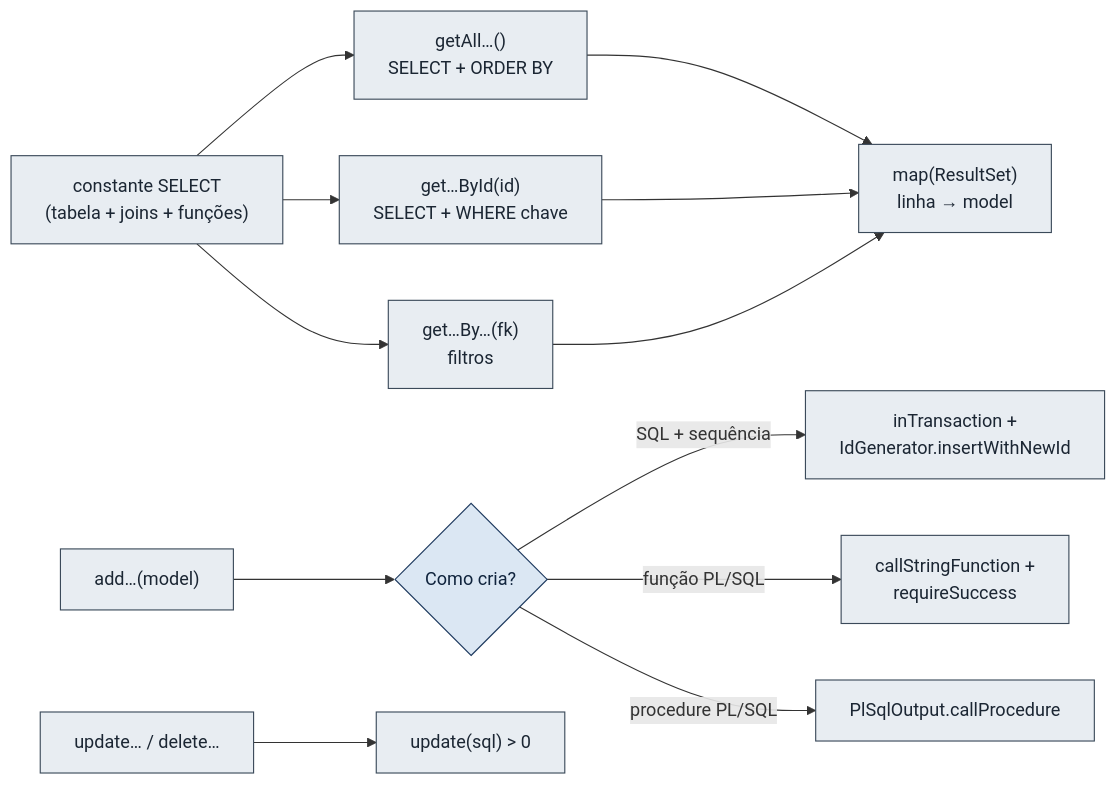
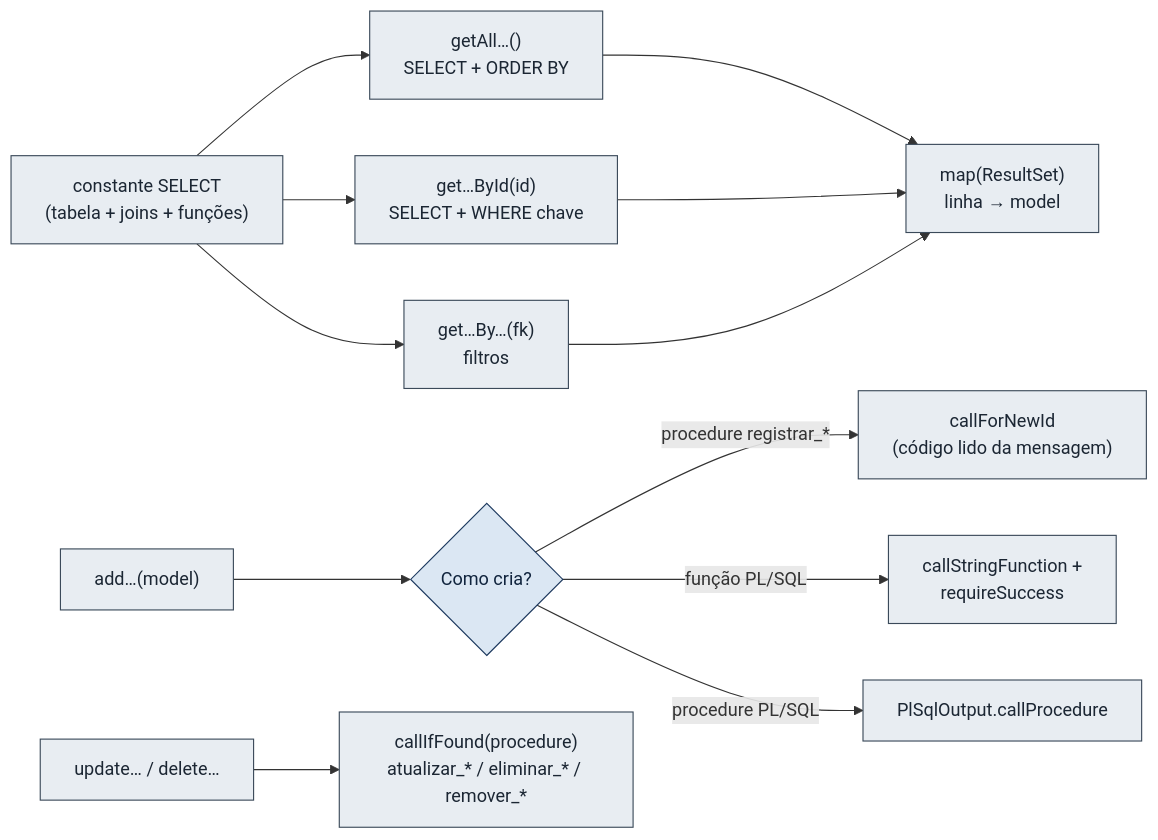
Before and after one commit to devyosef07/Trabalho_Gestao_Turismo: the fifth of 19 diagrams in documents/README.md, drawn with Mermaid. The commit also changed other lines of this file and 89 other files, not shown here.

````diff
--- a/documents/README.md
+++ b/documents/README.md
@@ -1143,19 +1307,19 @@
 ```mermaid
 flowchart LR
     A["constante SELECT<br/>(tabela + joins + funções)"] --> B["getAll…()<br/>SELECT + ORDER BY"]
     A --> C["get…ById(id)<br/>SELECT + WHERE chave"]
     A --> D["get…By…(fk)<br/>filtros"]
     E["add…(model)"] --> F{"Como cria?"}
-    F -->|"SQL + sequência"| G["inTransaction +<br/>IdGenerator.insertWithNewId"]
+    F -->|"procedure registrar_*"| G["callForNewId<br/>(código lido da mensagem)"]
     F -->|"função PL/SQL"| H["callStringFunction +<br/>requireSuccess"]
     F -->|"procedure PL/SQL"| I["PlSqlOutput.callProcedure"]
-    J["update… / delete…"] --> K["update(sql) > 0"]
+    J["update… / delete…"] --> K["callIfFound(procedure)<br/>atualizar_* / eliminar_* / remover_*"]
     B --> M["map(ResultSet)<br/>linha → model"]
     C --> M
     D --> M
 
     classDef n fill:#e8edf2,stroke:#3b4a5a,color:#1b2633
     classDef d fill:#dbe7f3,stroke:#1e3a5f,color:#10243d
     class A,B,C,D,E,G,H,I,J,K,M n
     class F d
 ```
````
